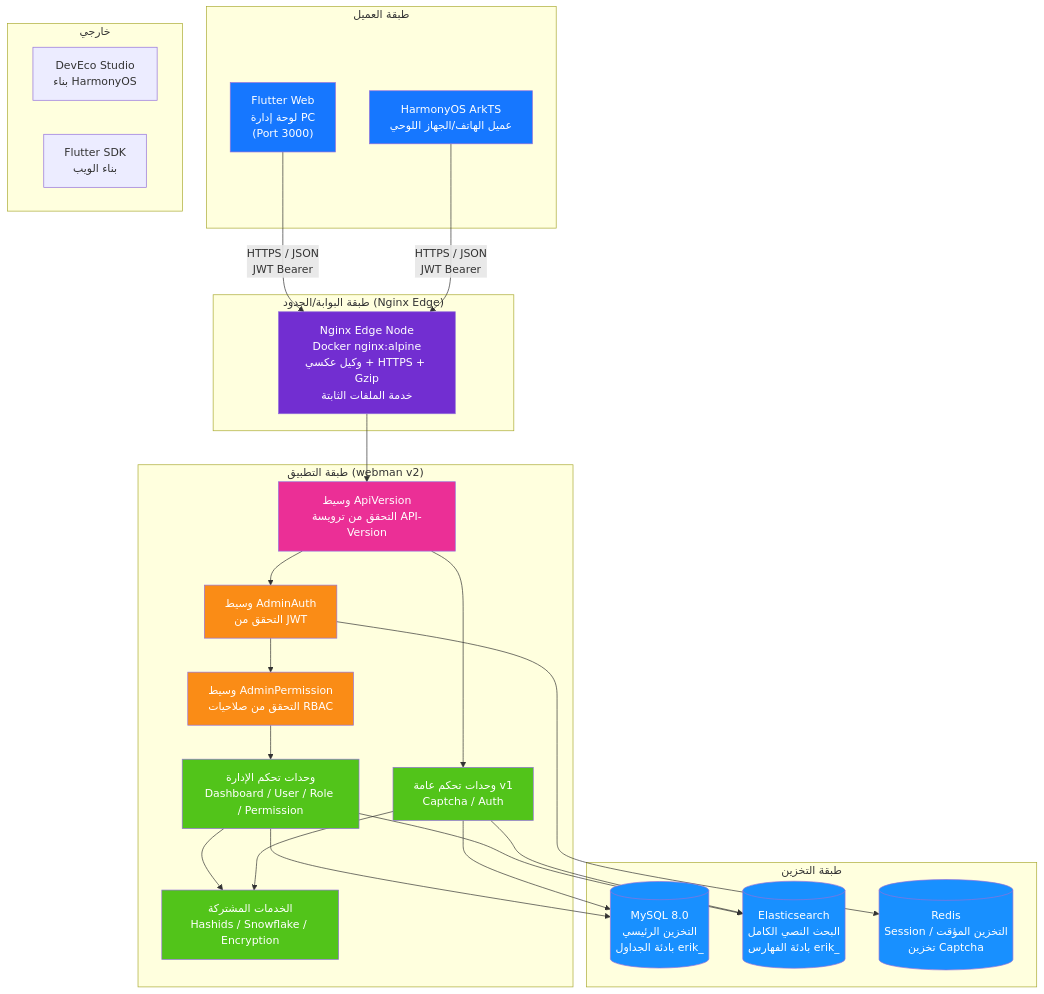
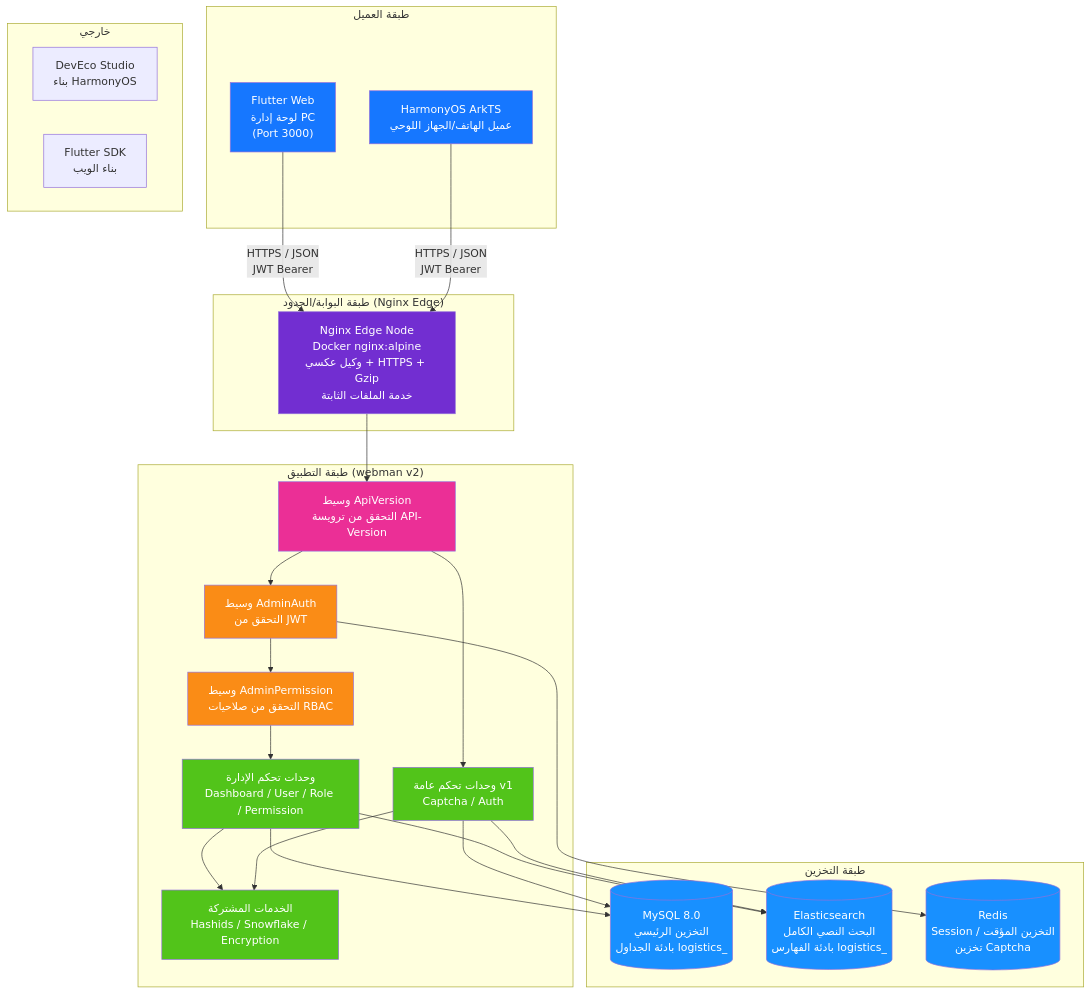
The first of 14 diagrams in admin/docs/ARCHITECTURE.ar.md (erikwang2013/integrated-global-logistics), drawn with Mermaid before and after one commit. The commit also changed other lines of this file and 211 other files, not shown here.

````diff
--- a/admin/docs/ARCHITECTURE.ar.md
+++ b/admin/docs/ARCHITECTURE.ar.md
@@ -13,59 +13,59 @@
 ```mermaid
 flowchart TB
     subgraph "طبقة العميل"
         A1["Flutter Web<br/>لوحة إدارة PC<br/>(Port 3000)"]
         A2["HarmonyOS ArkTS<br/>عميل الهاتف/الجهاز اللوحي"]
     end
 
     subgraph "طبقة البوابة/الحدود (Nginx Edge)"
         B1["Nginx Edge Node<br/>Docker nginx:alpine<br/>وكيل عكسي + HTTPS + Gzip<br/>خدمة الملفات الثابتة"]
     end
 
     subgraph "طبقة التطبيق (webman v2)"
         C0["وسيط ApiVersion<br/>التحقق من ترويسة API-Version"]
         C1["وسيط AdminAuth<br/>التحقق من JWT"]
         C2["وسيط AdminPermission<br/>التحقق من صلاحيات RBAC"]
         C3["وحدات تحكم الإدارة<br/>Dashboard / User / Role / Permission"]
         C4["وحدات تحكم عامة v1<br/>Captcha / Auth"]
         C5["الخدمات المشتركة<br/>Hashids / Snowflake / Encryption"]
     end
 
     subgraph "طبقة التخزين"
-        D1[("MySQL 8.0<br/>التخزين الرئيسي<br/>بادئة الجداول erik_")]
-        D2[("Elasticsearch<br/>البحث النصي الكامل<br/>بادئة الفهارس erik_")]
+        D1[("MySQL 8.0<br/>التخزين الرئيسي<br/>بادئة الجداول logistics_")]
+        D2[("Elasticsearch<br/>البحث النصي الكامل<br/>بادئة الفهارس logistics_")]
         D3[("Redis<br/>Session / التخزين المؤقت<br/>تخزين Captcha")]
     end
 
     subgraph "خارجي"
         E1["DevEco Studio<br/>بناء HarmonyOS"]
         E2["Flutter SDK<br/>بناء الويب"]
     end
 
     A1 -->|"HTTPS / JSON<br/>JWT Bearer"| B1
     A2 -->|"HTTPS / JSON<br/>JWT Bearer"| B1
     B1 --> C0
     C0 --> C1
     C1 --> C2
     C2 --> C3
     C0 --> C4
     C3 --> C5
     C4 --> C5
     C3 --> D1
     C4 --> D1
     C3 --> D2
     C4 --> D2
     C1 --> D3
 
     style A1 fill:#1677FF,color:#fff
     style A2 fill:#1677FF,color:#fff
     style B1 fill:#722ED1,color:#fff
     style C0 fill:#EB2F96,color:#fff
     style C1 fill:#FA8C16,color:#fff
     style C2 fill:#FA8C16,color:#fff
     style C3 fill:#52C41A,color:#fff
     style C4 fill:#52C41A,color:#fff
     style C5 fill:#52C41A,color:#fff
     style D1 fill:#1890FF,color:#fff
     style D2 fill:#1890FF,color:#fff
     style D3 fill:#1890FF,color:#fff
 ```
````
